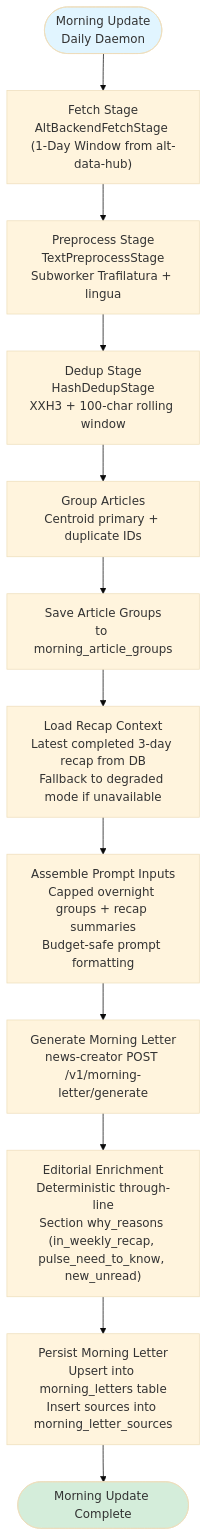
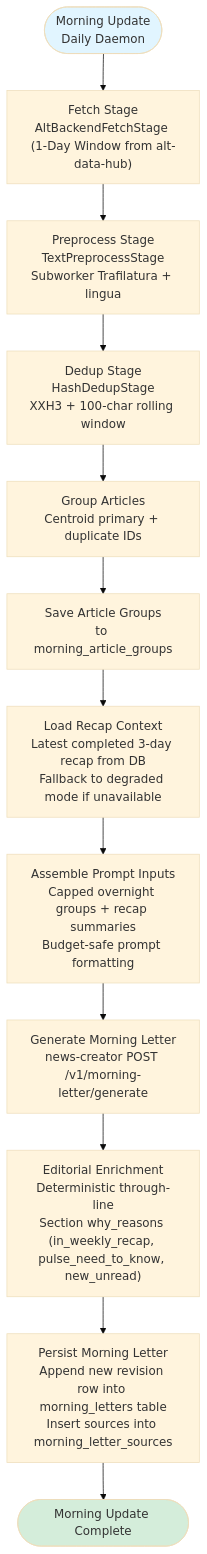
One commit to Kaikei-e/Alt changed the fourth of 6 diagrams in recap-worker/PIPELINE_FLOW.md. Above: the diagram before and after it, drawn with Mermaid (base theme). The commit also changed other lines of this file and 3 other files, not shown here.

Commit message:
test(recap-worker): isolate morning letter DAO tests in temp schema and refine builder

````diff
--- a/recap-worker/PIPELINE_FLOW.md
+++ b/recap-worker/PIPELINE_FLOW.md
@@ -224,27 +224,27 @@
 ```mermaid
 flowchart TB
     MorningStart(["Morning Update<br/>Daily Daemon"]) --> MorningFetch["Fetch Stage<br/>AltBackendFetchStage (1-Day Window from alt-data-hub)"]
 
     MorningFetch --> MorningPreprocess["Preprocess Stage<br/>TextPreprocessStage<br/>Subworker Trafilatura + lingua"]
 
     MorningPreprocess --> MorningDedup["Dedup Stage<br/>HashDedupStage<br/>XXH3 + 100-char rolling window"]
 
     MorningDedup --> GroupArticles["Group Articles<br/>Centroid primary + duplicate IDs"]
 
     GroupArticles --> SaveGroups["Save Article Groups<br/>to morning_article_groups"]
 
     SaveGroups --> LoadRecap["Load Recap Context<br/>Latest completed 3-day recap from DB<br/>Fallback to degraded mode if unavailable"]
 
     LoadRecap --> AssembleInput["Assemble Prompt Inputs<br/>Capped overnight groups + recap summaries<br/>Budget-safe prompt formatting"]
 
     AssembleInput --> GenLetter["Generate Morning Letter<br/>news-creator POST /v1/morning-letter/generate"]
 
     GenLetter --> EnrichEditorial["Editorial Enrichment<br/>Deterministic through-line<br/>Section why_reasons (in_weekly_recap, pulse_need_to_know, new_unread)"]
 
-    EnrichEditorial --> PersistLetter["Persist Morning Letter<br/>Upsert into morning_letters table<br/>Insert sources into morning_letter_sources"]
+    EnrichEditorial --> PersistLetter["Persist Morning Letter<br/>Append new revision row into morning_letters table<br/>Insert sources into morning_letter_sources"]
 
     PersistLetter --> MorningEnd(["Morning Update Complete"])
 
     style MorningStart fill:#e1f5ff
     style MorningEnd fill:#d4edda
 ```
````
